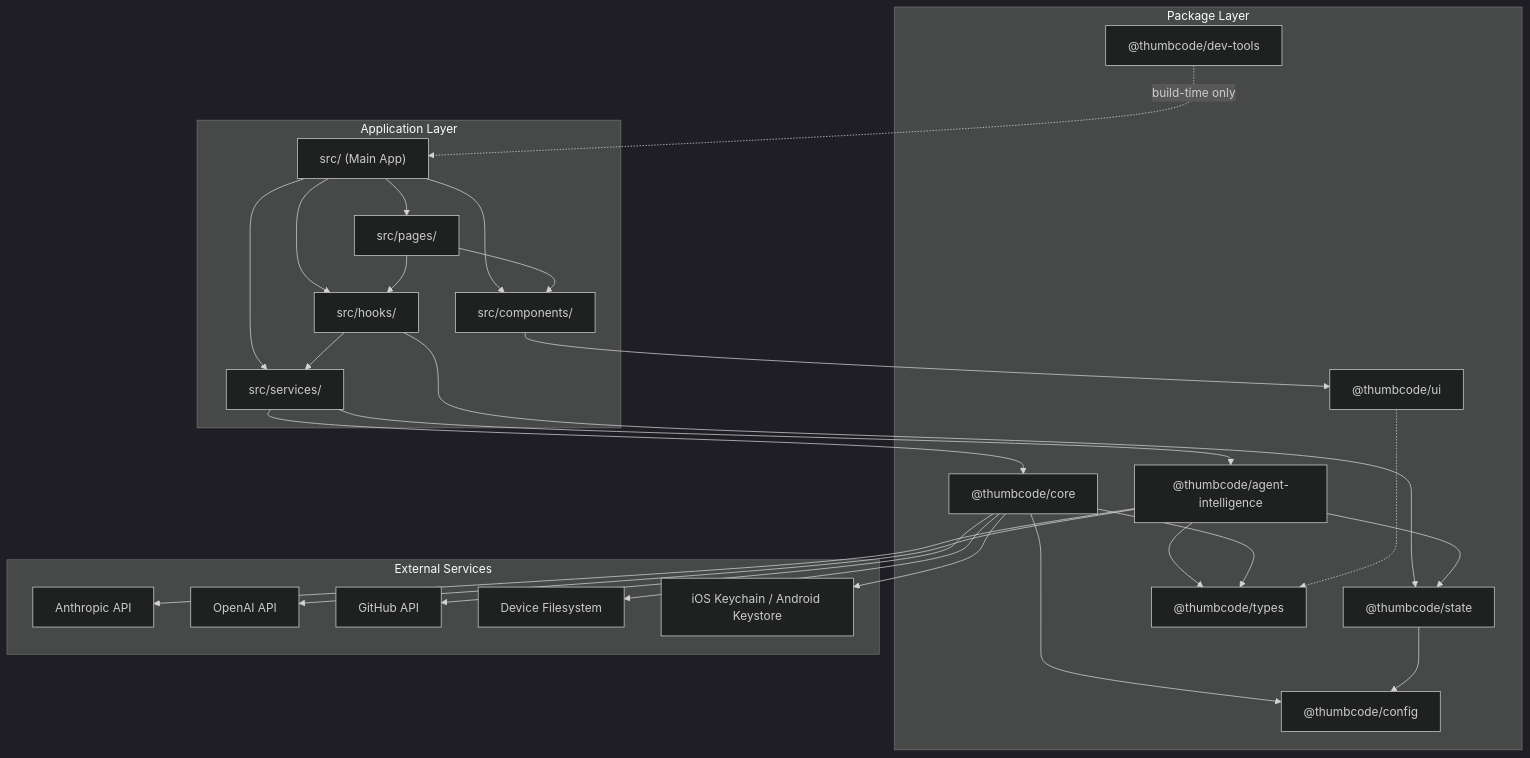
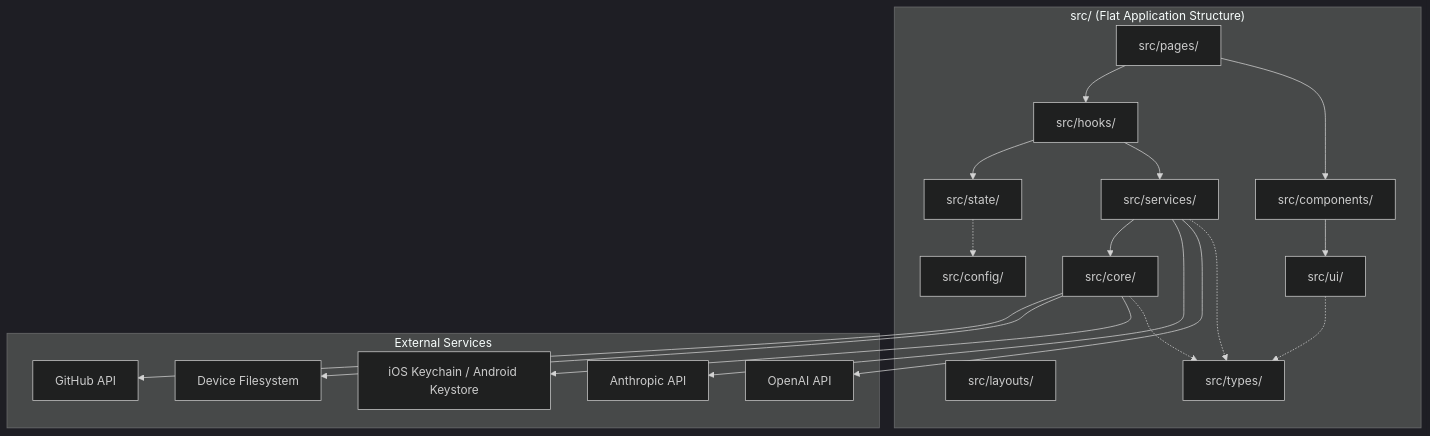
The diagram in docs/memory-bank/systemPatterns.md (agentic-dev-library/thumbcode), drawn with Mermaid (dark theme) before and after one commit. The commit also changed other lines of this file and 13 other files, not shown here.

First line of the commit message:
docs: update all documentation for flattened src/ architecture

````diff
--- a/docs/memory-bank/systemPatterns.md
+++ b/docs/memory-bank/systemPatterns.md
@@ -9,55 +9,40 @@
 ```mermaid
 graph TB
-    subgraph "Application Layer"
-        APP["src/ (Main App)"]
+    subgraph "src/ (Flat Application Structure)"
         PAGES["src/pages/"]
         COMPONENTS["src/components/"]
         HOOKS["src/hooks/"]
+        LAYOUTS["src/layouts/"]
         SERVICES["src/services/"]
-    end
-
-    subgraph "Package Layer"
-        AI["@thumbcode/agent-intelligence"]
-        CORE["@thumbcode/core"]
-        STATE["@thumbcode/state"]
-        TYPES["@thumbcode/types"]
-        UI["@thumbcode/ui"]
-        CONFIG["@thumbcode/config"]
-        DEVTOOLS["@thumbcode/dev-tools"]
+        STATE["src/state/"]
+        CORE["src/core/"]
+        CONFIG["src/config/"]
+        TYPES["src/types/"]
+        UI["src/ui/"]
     end
 
     subgraph "External Services"
         ANTHROPIC["Anthropic API"]
         OPENAI["OpenAI API"]
         GITHUB["GitHub API"]
         FILESYSTEM["Device Filesystem"]
         KEYCHAIN["iOS Keychain / Android Keystore"]
     end
 
-    APP --> PAGES
-    APP --> COMPONENTS
-    APP --> HOOKS
-    APP --> SERVICES
-
     PAGES --> HOOKS
     PAGES --> COMPONENTS
     HOOKS --> STATE
     HOOKS --> SERVICES
-    SERVICES --> AI
     SERVICES --> CORE
     COMPONENTS --> UI
 
-    AI --> TYPES
-    AI --> STATE
-    AI --> ANTHROPIC
-    AI --> OPENAI
-    CORE --> TYPES
-    CORE --> CONFIG
+    SERVICES --> ANTHROPIC
+    SERVICES --> OPENAI
     CORE --> GITHUB
     CORE --> FILESYSTEM
     CORE --> KEYCHAIN
-    STATE --> CONFIG
+    STATE -.-> CONFIG
     UI -.-> TYPES
-
-    DEVTOOLS -.->|"build-time only"| APP
+    CORE -.-> TYPES
+    SERVICES -.-> TYPES
 ```
````
